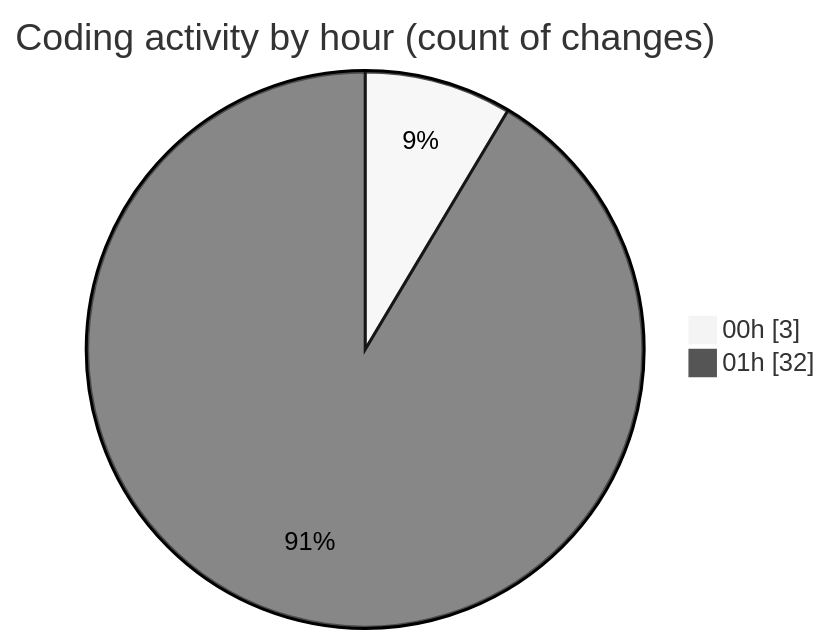
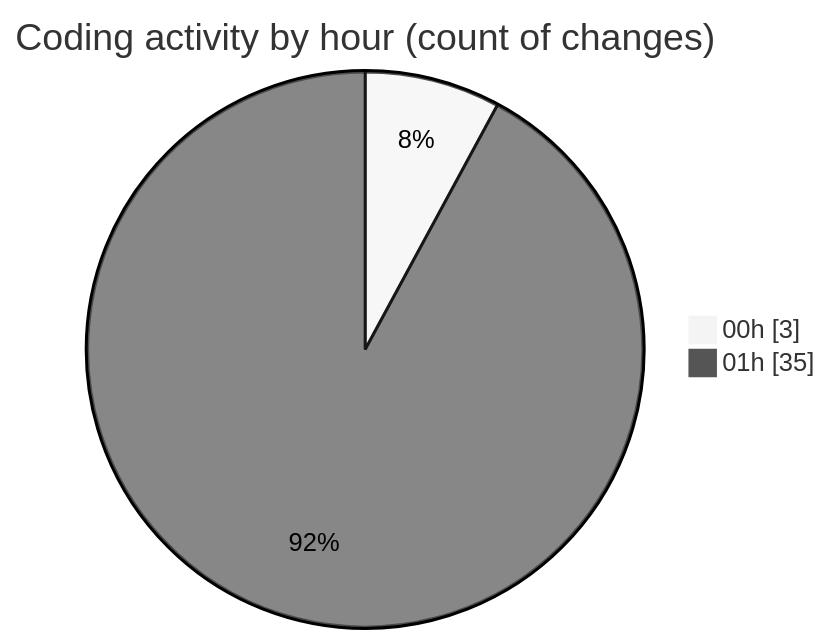
The second of 2 diagrams in 2025-10-02/oura-api/README.md (mevix1/code-tracking), drawn with Mermaid (neutral theme) before and after one commit. The commit also changed other lines of this file and 1 other file, not shown here.

````diff
--- a/2025-10-02/oura-api/README.md
+++ b/2025-10-02/oura-api/README.md
@@ -62,6 +63,6 @@
 ```mermaid
 pie showData
 title Coding activity by hour (count of changes)
 "00h" : 3
-"01h" : 32
+"01h" : 35
 ```
````
